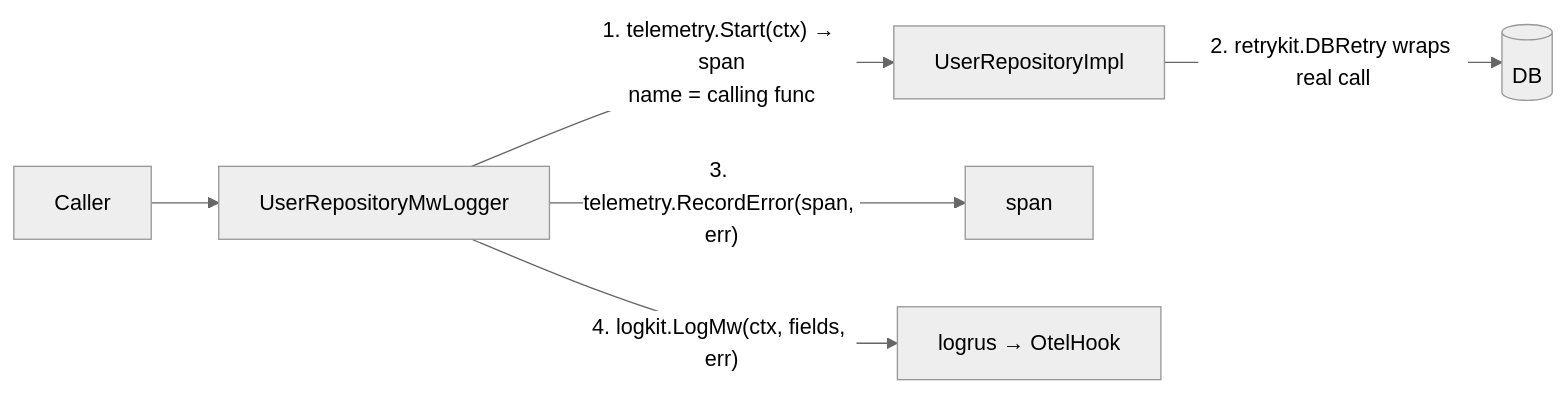
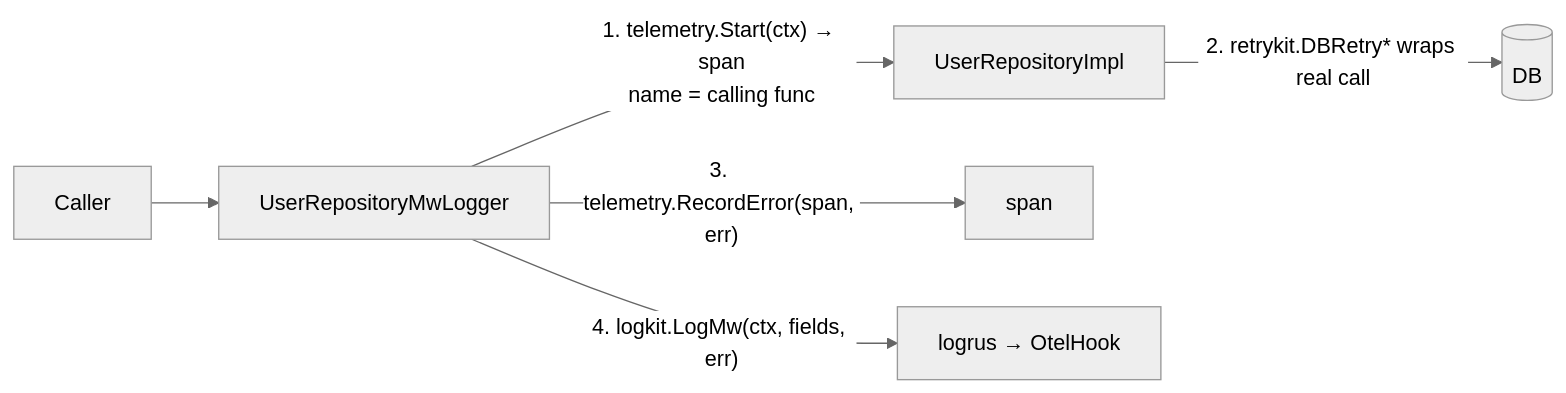
One commit to Hidayathamir/golang-clean-architecture changed the fourth of 8 diagrams in .opencode/skills/otel-architecture/SKILL.md. Above: the diagram before and after it, drawn with Mermaid (neutral theme). The commit also changed other lines of this file and 1 other file, not shown here.

````diff
--- a/.opencode/skills/otel-architecture/SKILL.md
+++ b/.opencode/skills/otel-architecture/SKILL.md
@@ -152,9 +152,9 @@
 ```mermaid
 flowchart LR
     Caller["Caller"] --> MW["UserRepositoryMwLogger"]
     MW -->|"1. telemetry.Start(ctx) → span<br/>name = calling func"| Real["UserRepositoryImpl"]
-    Real -->|"2. retrykit.DBRetry wraps real call"| DB[("DB")]
+    Real -->|"2. retrykit.DBRetry* wraps real call"| DB[("DB")]
 
     MW -->|"3. telemetry.RecordError(span, err)"| Span["span"]
     MW -->|"4. logkit.LogMw(ctx, fields, err)"| Log["logrus → OtelHook"]
 ```
````
